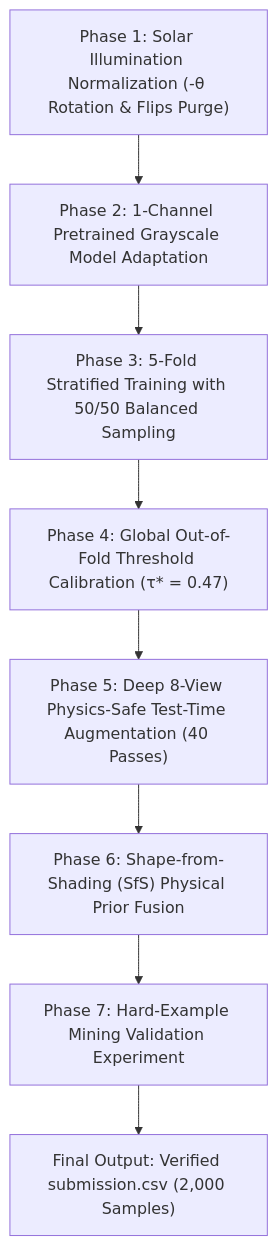
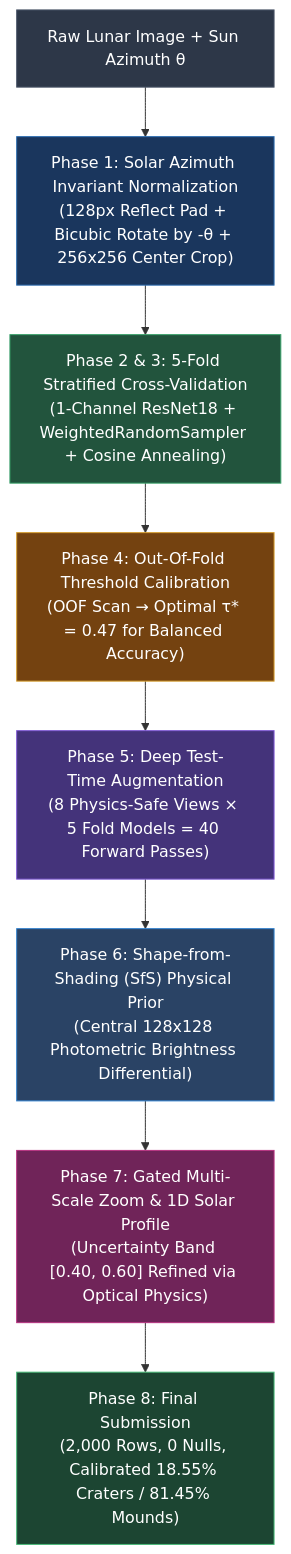
Before and after one commit to aayushchavanke/lunar-topographic-inversion: the diagram in README.md, drawn with Mermaid. The commit also changed other lines of this file and 135 other files, not shown here.

Commit message:
feat: complete end-to-end pipeline with gated physics refinement and consolidated project documentation

````diff
--- a/README.md
+++ b/README.md
@@ -31,10 +14,19 @@
 ```mermaid
-graph TD
-    A["Phase 1: Solar Illumination Normalization (-θ Rotation & Flips Purge)"] --> B["Phase 2: 1-Channel Pretrained Grayscale Model Adaptation"]
-    B --> C["Phase 3: 5-Fold Stratified Training with 50/50 Balanced Sampling"]
-    C --> D["Phase 4: Global Out-of-Fold Threshold Calibration (τ* = 0.47)"]
-    D --> E["Phase 5: Deep 8-View Physics-Safe Test-Time Augmentation (40 Passes)"]
-    E --> F["Phase 6: Shape-from-Shading (SfS) Physical Prior Fusion"]
-    F --> G["Phase 7: Hard-Example Mining Validation Experiment"]
-    G --> H["Final Output: Verified submission.csv (2,000 Samples)"]
+flowchart TD
+    A["Raw Lunar Image + Sun Azimuth θ"] --> B["Phase 1: Solar Azimuth Invariant Normalization<br/>(128px Reflect Pad + Bicubic Rotate by -θ + 256x256 Center Crop)"]
+    B --> C["Phase 2 & 3: 5-Fold Stratified Cross-Validation<br/>(1-Channel ResNet18 + WeightedRandomSampler + Cosine Annealing)"]
+    C --> D["Phase 4: Out-Of-Fold Threshold Calibration<br/>(OOF Scan → Optimal τ* = 0.47 for Balanced Accuracy)"]
+    D --> E["Phase 5: Deep Test-Time Augmentation<br/>(8 Physics-Safe Views × 5 Fold Models = 40 Forward Passes)"]
+    E --> F["Phase 6: Shape-from-Shading (SfS) Physical Prior<br/>(Central 128x128 Photometric Brightness Differential)"]
+    F --> G["Phase 7: Gated Multi-Scale Zoom & 1D Solar Profile<br/>(Uncertainty Band [0.40, 0.60] Refined via Optical Physics)"]
+    G --> H["Phase 8: Final Submission<br/>(2,000 Rows, 0 Nulls, Calibrated 18.55% Craters / 81.45% Mounds)"]
+
+    style A fill:#2D3748,stroke:#4A5568,color:#fff
+    style B fill:#1A365D,stroke:#2B6CB0,color:#fff
+    style C fill:#22543D,stroke:#38A169,color:#fff
+    style D fill:#744210,stroke:#D69E2E,color:#fff
+    style E fill:#44337A,stroke:#805AD5,color:#fff
+    style F fill:#2A4365,stroke:#3182CE,color:#fff
+    style G fill:#702459,stroke:#B83280,color:#fff
+    style H fill:#1C4532,stroke:#48BB78,color:#fff
 ```
````
